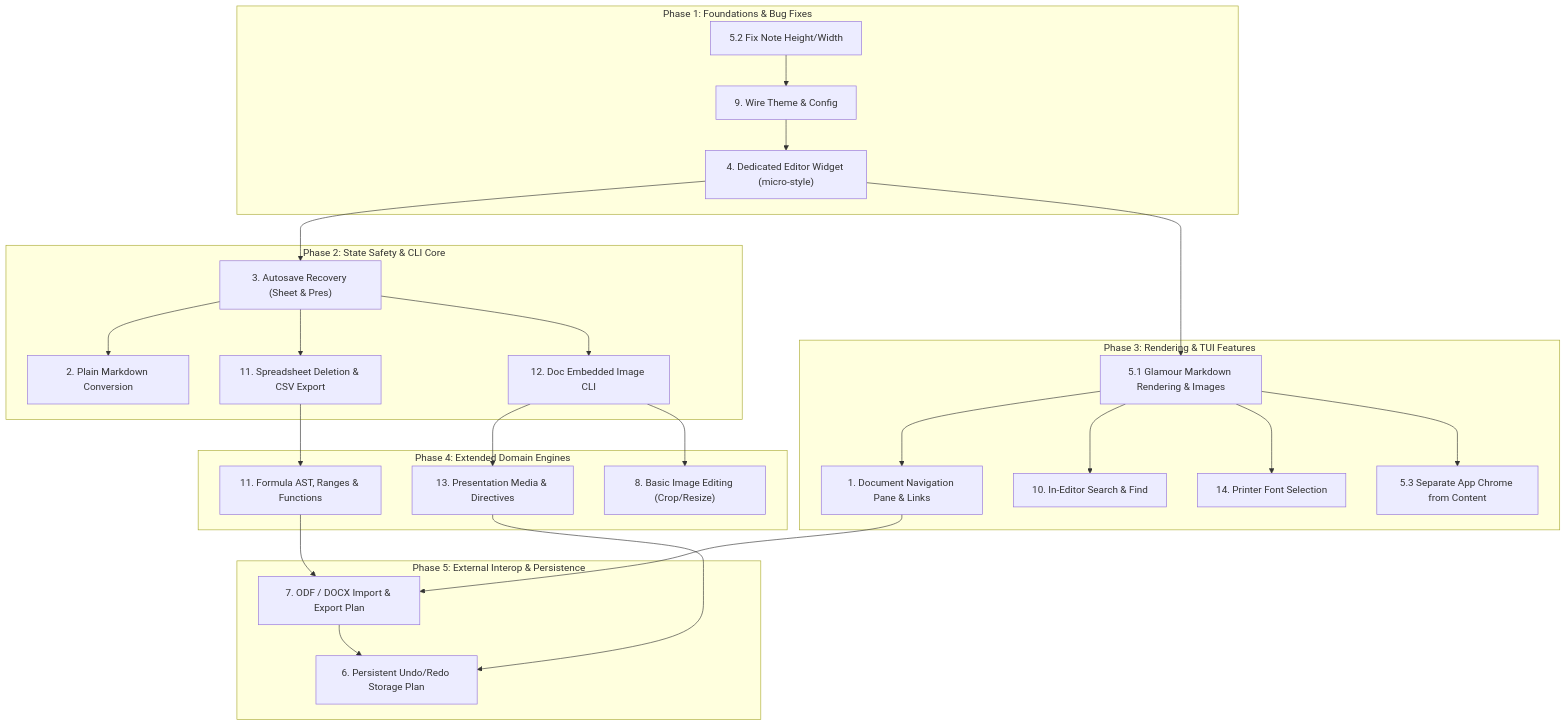
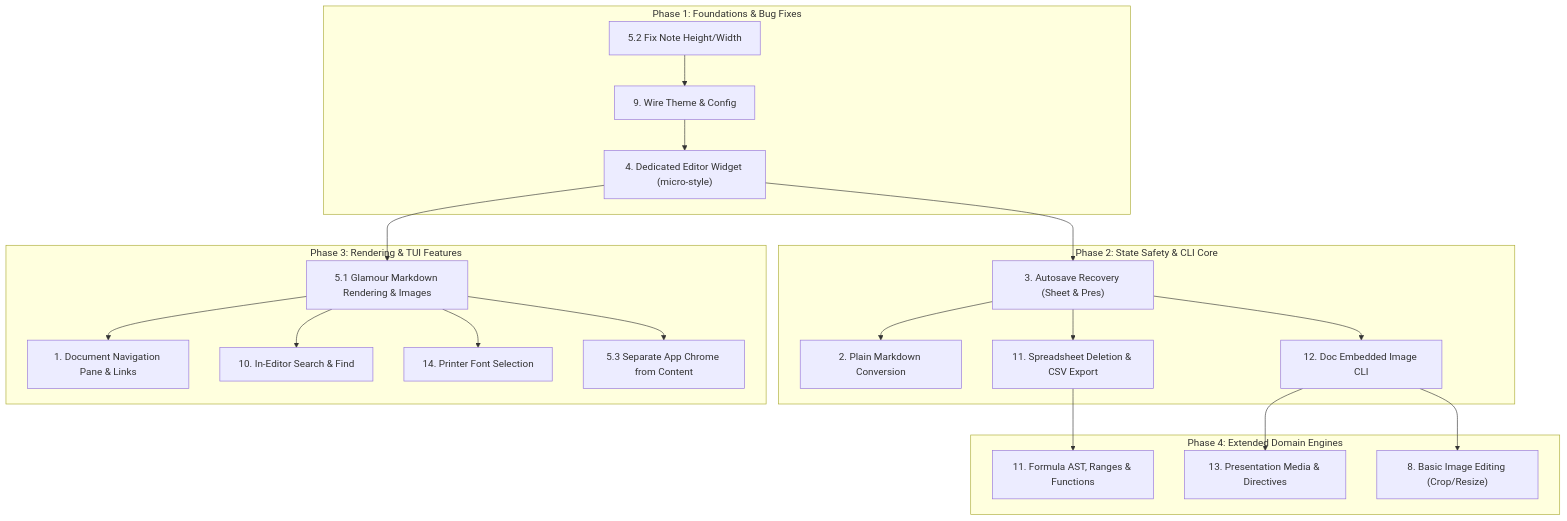
One commit to ramjac/parchment changed the diagram in FutureWork.md. Above: the diagram before and after it, drawn with Mermaid. The commit also changed other lines of this file and 3 other files, not shown here.

````diff
--- a/FutureWork.md
+++ b/FutureWork.md
@@ -591,35 +447,28 @@
 ```mermaid
 flowchart TD
     subgraph Phase1["Phase 1: Foundations & Bug Fixes"]
         H["5.2 Fix Note Height/Width"] --> T["9. Wire Theme & Config"]
         T --> K["4. Dedicated Editor Widget (micro-style)"]
     end
 
     subgraph Phase2["Phase 2: State Safety & CLI Core"]
         K --> R["3. Autosave Recovery (Sheet & Pres)"]
         R --> C["2. Plain Markdown Conversion"]
         R --> S_DEL["11. Spreadsheet Deletion & CSV Export"]
         R --> IMG_CLI["12. Doc Embedded Image CLI"]
     end
 
     subgraph Phase3["Phase 3: Rendering & TUI Features"]
         K --> REND["5.1 Glamour Markdown Rendering & Images"]
         REND --> LINK["1. Document Navigation Pane & Links"]
         REND --> SEARCH["10. In-Editor Search & Find"]
         REND --> FONT["14. Printer Font Selection"]
         REND --> CHROME["5.3 Separate App Chrome from Content"]
     end
 
     subgraph Phase4["Phase 4: Extended Domain Engines"]
         S_DEL --> FORMULA["11. Formula AST, Ranges & Functions"]
         IMG_CLI --> PRES_MEDIA["13. Presentation Media & Directives"]
         IMG_CLI --> IMG_EDIT["8. Basic Image Editing (Crop/Resize)"]
     end
-
-    subgraph Phase5["Phase 5: External Interop & Persistence"]
-        FORMULA --> DOCX["7. ODF / DOCX Import & Export Plan"]
-        LINK --> DOCX
-        DOCX --> HIST["6. Persistent Undo/Redo Storage Plan"]
-        PRES_MEDIA --> HIST
-    end
 ```
````
